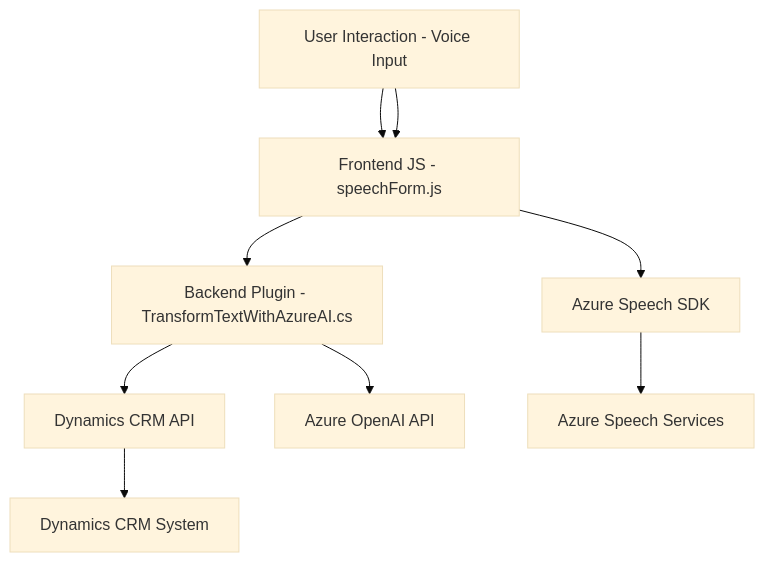
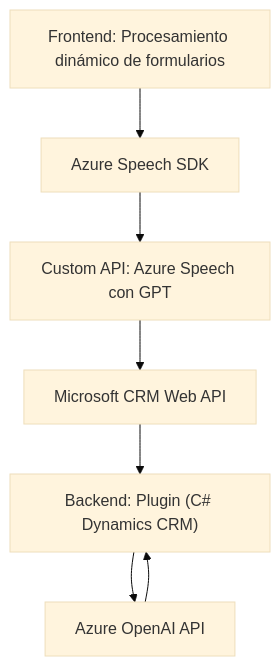
Before and after one commit to blopezdm/NETCORE_BILBAO2025: the diagram in README.md, drawn with Mermaid (base theme). The commit also changed other lines of this file, not shown here.

Commit message:
Actualizar análisis global de la solución con IA

````diff
--- a/README.md
+++ b/README.md
@@ -37,11 +44,16 @@
 ```mermaid
 graph TD
-    A["User Interaction - Form Input"] --> B["Frontend JS - readForm.js"]
-    A["User Interaction - Voice Input"] --> B["Frontend JS - speechForm.js"]
-    B --> C["Azure Speech SDK"]
-    B --> D["Backend Plugin - TransformTextWithAzureAI.cs"]
-    D --> E["Dynamics CRM API"]
-    D --> F["Azure OpenAI API"]
-    C --> G["Azure Speech Services"]
-    E --> H["Dynamics CRM System"]
+    A["Frontend: Procesamiento dinámico de formularios"]
+    B["Azure Speech SDK"]
+    C["Custom API: Azure Speech con GPT"]
+    D["Backend: Plugin (C# Dynamics CRM)"]
+    E["Azure OpenAI API"]
+    F["Microsoft CRM Web API"]
+
+    A --> B
+    B --> C
+    C --> F
+    D --> E
+    F --> D
+    E --> D
 ```
````
